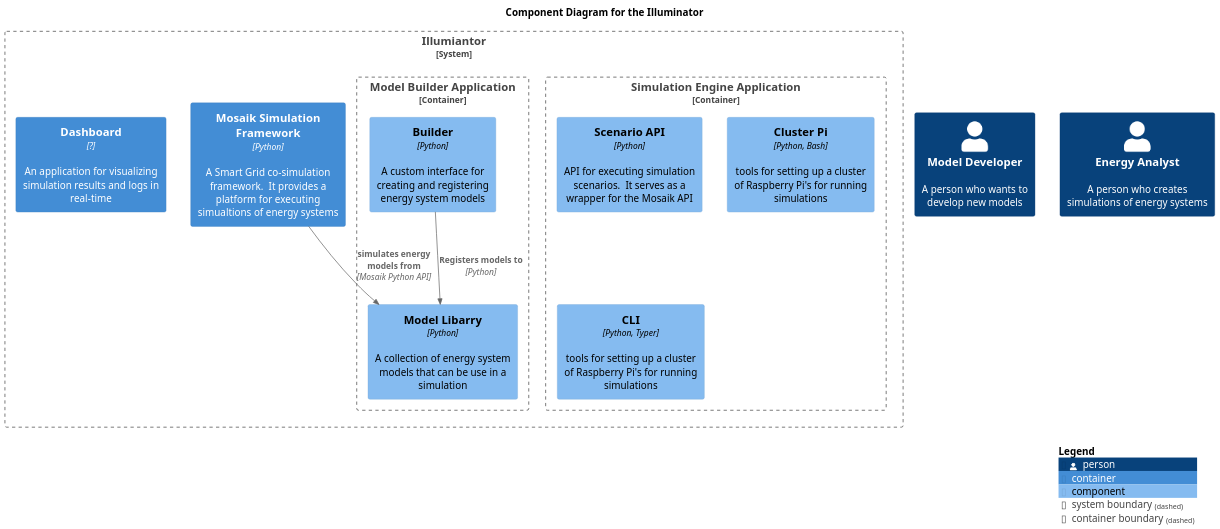
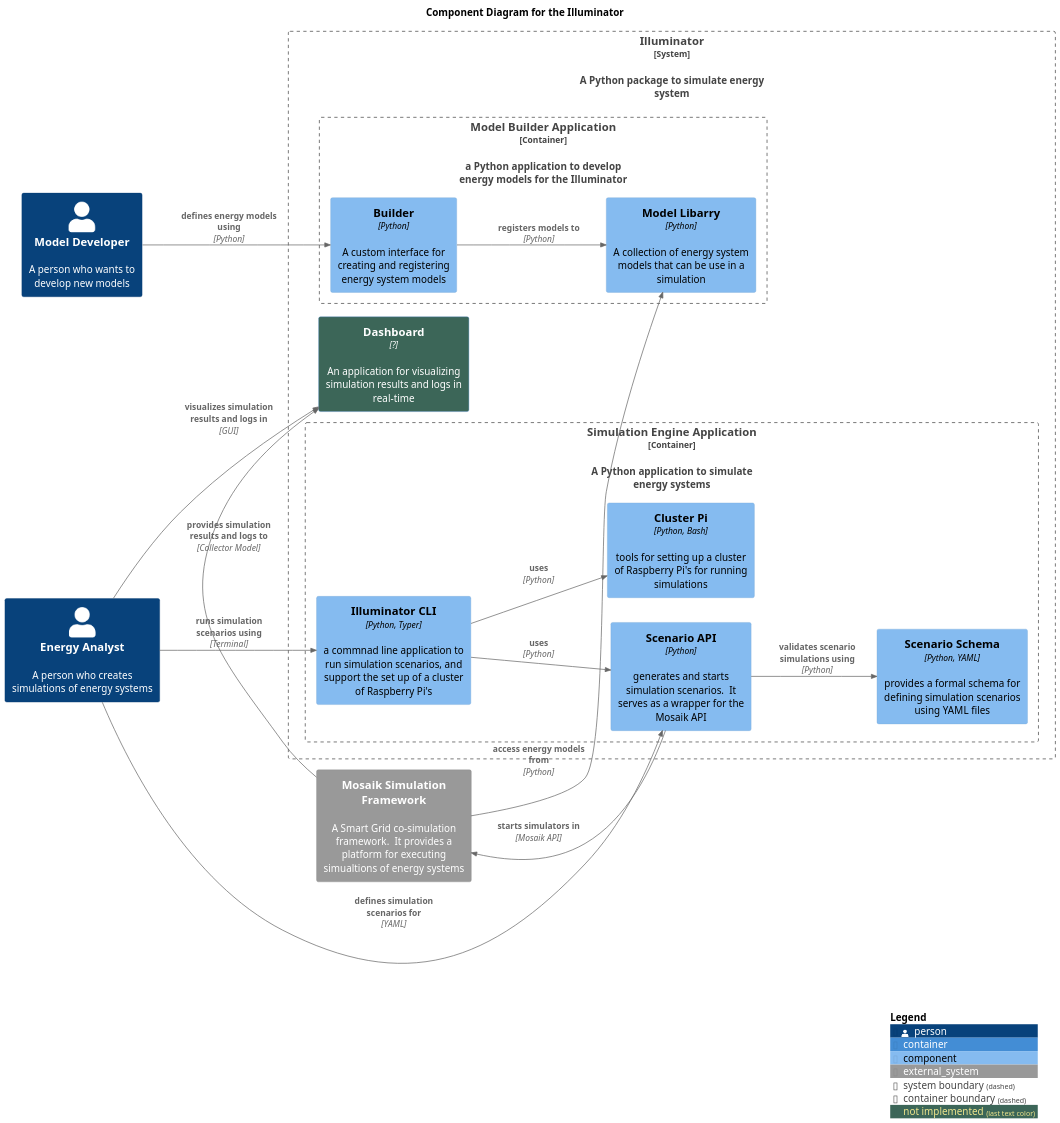
The diagram in docs/diagrams/components.puml (Illuminator-team/Illuminator), drawn with PlantUML before and after one commit. The commit also changed 2 other files, not shown here.

Commit message:
Improve software architecture documentation and component diagram for the Illuminator

```diff
--- a/docs/diagrams/components.puml
+++ b/docs/diagrams/components.puml
@@ -1,38 +1,55 @@
 @startuml
 !include https://raw.githubusercontent.com/plantuml-stdlib/C4-PlantUML/master/C4_Component.puml
 
 scale 1.5
+LAYOUT_LANDSCAPE()
+title Component Diagram for the Illuminator
 
-title Component Diagram for the Illuminator
+AddElementTag("not implemented", $bgColor="#3c6658")
 
 Person(modelDeveloper, "Model Developer", "A person who wants to develop new models")
 Person(energyAnalyst, "Energy Analyst", "A person who creates simulations of energy systems")
 
-System_Boundary(illuminatorSys, "Illumiantor") {
-    Container_Boundary(builderApp, "Model Builder Application", "Python", "A Python package that generates energy system scenarios") {
+System_Ext(mosaik, "Mosaik Simulation Framework", "A Smart Grid co-simulation framework.  It provides a platform for executing  simualtions of energy systems")
+
+System_Boundary(illuminatorSys, "Illuminator", $descr="A Python package to simulate energy system") {
+
+    Container(dashboard, "Dashboard", "?", "An application for visualizing simulation results and logs in real-time", $tags="not implemented")
+
+    Container_Boundary(builderApp, "Model Builder Application", "Python", $descr="a Python application to develop energy models for the Illuminator") {
         Component(modelBuilder, "Builder", "Python", "A custom interface for creating and registering energy system models")
         Component(modelLibrary, "Model Libarry", "Python", "A collection of energy system models that can be use in a simulation")
 
-        Rel(modelBuilder, modelLibrary, "Registers models to", "Python")
+        Rel(modelBuilder, modelLibrary, "registers models to", "Python")
+        Rel(modelDeveloper, modelBuilder, "defines energy models using", "Python")
 
     }
-    Container_Boundary(simulationEngine, "Simulation Engine Application", "Python", "") {
-        Component(scenarioEngine, "Scenario API", "Python", "API for executing simulation scenarios.  It serves as a wrapper for the Mosaik API")
+    Container_Boundary(simulationEngine, "Simulation Engine Application", "Python", $descr="A Python application to simulate energy systems") {
+        Component(scenarioApi, "Scenario API", "Python", "generates and starts simulation scenarios.  It serves as a wrapper for the Mosaik API")
         Component(clusterPi, "Cluster Pi", "Python, Bash", "tools for setting up a cluster of Raspberry Pi's for running simulations")
-        Component(cli, "CLI", "Python, Typer", "tools for setting up a cluster of Raspberry Pi's for running simulations")
+        Component(cli, "Illuminator CLI", "Python, Typer", "a commnad line application to run simulation scenarios, and support the set up of a cluster of Raspberry Pi's")
 
+        Component(scenarioSchema, "Scenario Schema", "Python, YAML", "provides a formal schema for defining simulation scenarios using YAML files")
+
+        Rel(cli, scenarioApi, "uses", "Python")
+        Rel(cli, clusterPi, "uses", "Python")
+        Rel(scenarioApi, scenarioSchema, "validates scenario simulations using", "Python")
+
+}
     
-}
-    Container(mosaik, "Mosaik Simulation Framework", "Python", "A Smart Grid co-simulation framework.  It provides a platform for executing  simualtions of energy systems")
-    Rel(mosaik, modelLibrary, "simulates energy models from", "Mosaik Python API")
-
-    Container(dashboard, "Dashboard", "?", "An application for visualizing simulation results and logs in real-time")
+    Rel(scenarioApi, mosaik, "starts simulators in", "Mosaik API")
+    Rel(mosaik, dashboard, "provides simulation results and logs to", "Collector Model")
 
 }
 
 
+Rel(mosaik, modelLibrary, "access energy models from", "Python")
 
+Rel(energyAnalyst, scenarioApi, "defines simulation scenarios for", "YAML")
+Rel(energyAnalyst, cli, "runs simulation scenarios using", "Terminal")
+
+Rel(energyAnalyst,dashboard, "visualizes simulation results and logs in", "GUI")
 
 
 SHOW_LEGEND()
 @enduml
```
